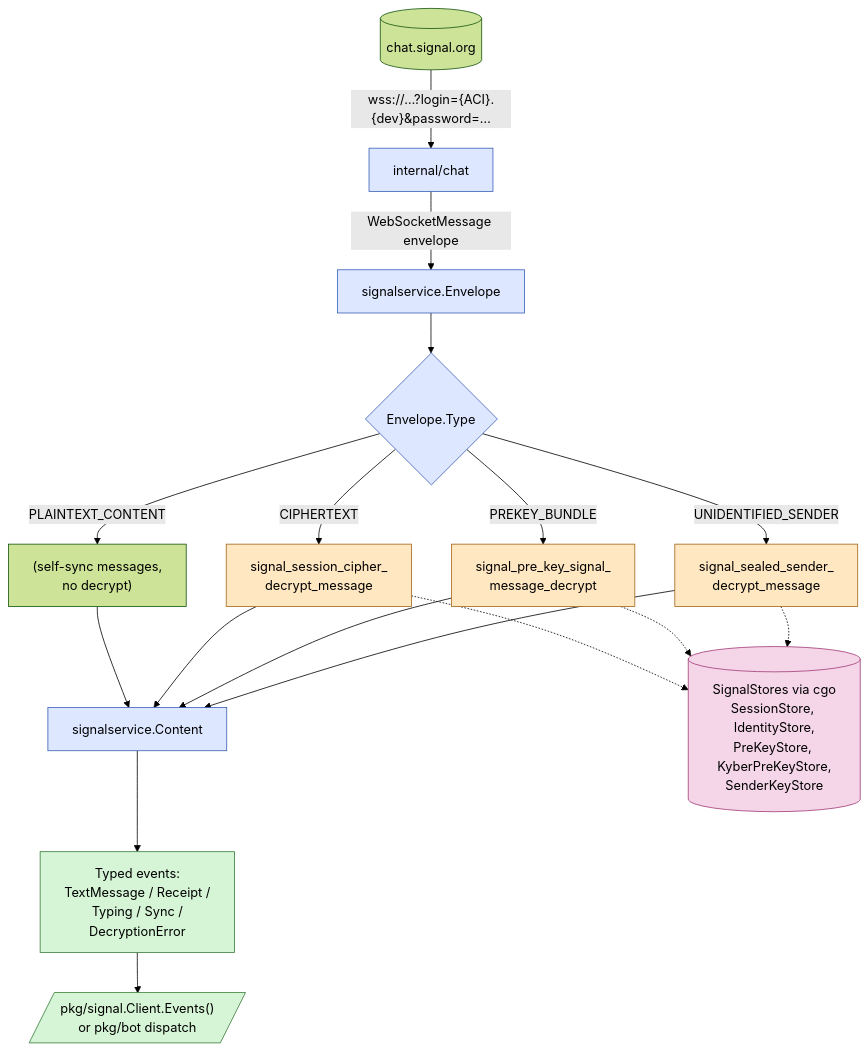
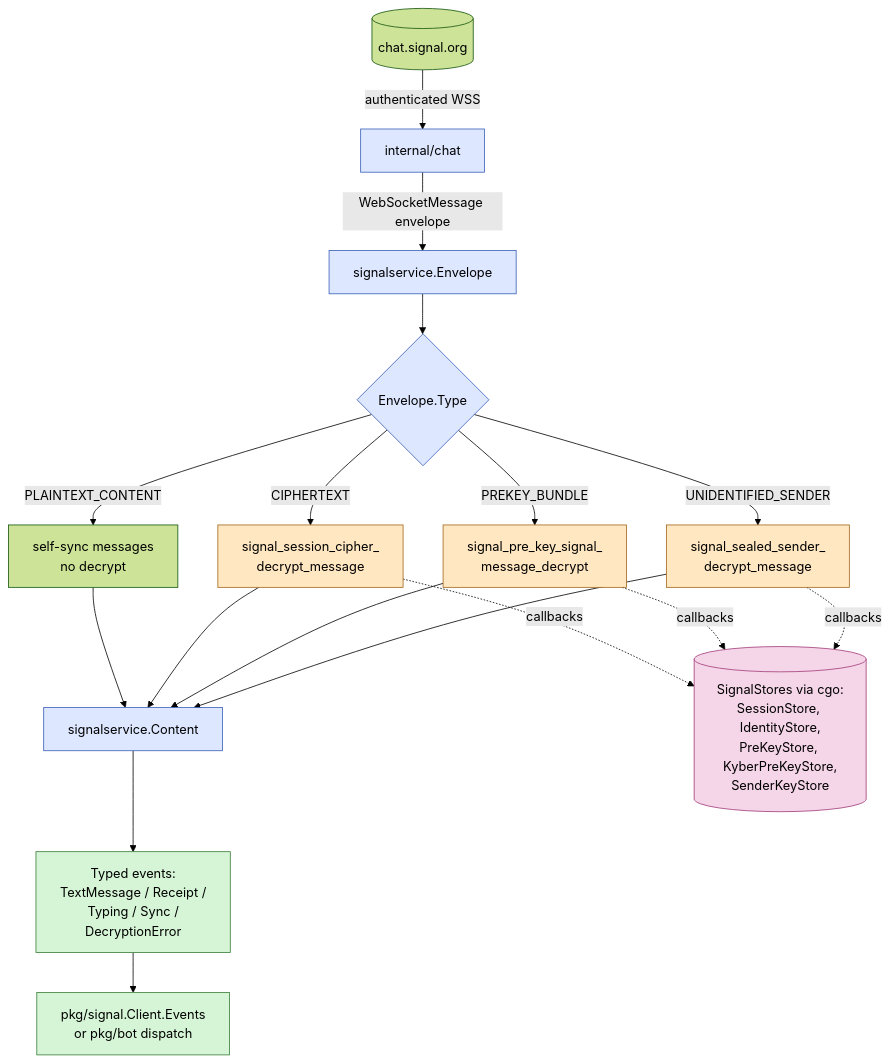
One commit to thehappydinoa/signal-go changed the diagram in docs/diagrams/receive-pipeline.md. Above: the diagram before and after it, drawn with Mermaid (forest theme). The commit also changed other lines of this file and 5 other files, not shown here.

First line of the commit message:
docs: rewrite Mermaid diagrams with conservative, GitHub-safe syntax

````diff
--- a/docs/diagrams/receive-pipeline.md
+++ b/docs/diagrams/receive-pipeline.md
@@ -8,29 +8,48 @@
 ```mermaid
 flowchart TB
-    classDef proto fill:#dde7ff,stroke:#3a5fb8,color:#000
-    classDef crypto fill:#ffe7c2,stroke:#a3661a,color:#000
-    classDef store fill:#f5d6e8,stroke:#a13a78,color:#000
-    classDef pub fill:#d6f5d6,stroke:#3a7d3a,color:#000
+    server[(chat.signal.org)]
+    chat[internal/chat]
+    env[signalservice.Envelope]
+    dispatch{Envelope.Type}
 
-    server[(chat.signal.org)]
-    server -->|"wss://…?login={ACI}.{dev}&password=…"| chat[internal/chat]:::proto
-    chat -->|"WebSocketMessage envelope"| env["signalservice.Envelope"]:::proto
-    env --> dispatch{Envelope.Type}:::proto
+    sealed[signal_sealed_sender_<br/>decrypt_message]
+    prekey[signal_pre_key_signal_<br/>message_decrypt]
+    session[signal_session_cipher_<br/>decrypt_message]
+    skip[self-sync messages<br/>no decrypt]
 
-    dispatch -->|UNIDENTIFIED_SENDER| sealed["signal_sealed_sender_<br/>decrypt_message"]:::crypto
-    dispatch -->|PREKEY_BUNDLE| prekey["signal_pre_key_signal_<br/>message_decrypt"]:::crypto
-    dispatch -->|CIPHERTEXT| session["signal_session_cipher_<br/>decrypt_message"]:::crypto
-    dispatch -->|PLAINTEXT_CONTENT| skip["(self-sync messages,<br/>no decrypt)"]
+    content[signalservice.Content]
+    events[Typed events:<br/>TextMessage / Receipt /<br/>Typing / Sync /<br/>DecryptionError]
+    consumer[pkg/signal.Client.Events<br/>or pkg/bot dispatch]
 
-    sealed --> content["signalservice.Content"]:::proto
+    stores[(SignalStores via cgo:<br/>SessionStore, IdentityStore,<br/>PreKeyStore, KyberPreKeyStore,<br/>SenderKeyStore)]
+
+    server -->|authenticated WSS| chat
+    chat -->|WebSocketMessage envelope| env
+    env --> dispatch
+
+    dispatch -->|UNIDENTIFIED_SENDER| sealed
+    dispatch -->|PREKEY_BUNDLE| prekey
+    dispatch -->|CIPHERTEXT| session
+    dispatch -->|PLAINTEXT_CONTENT| skip
+
+    sealed --> content
     prekey --> content
     session --> content
     skip --> content
 
-    content --> events["Typed events:<br/>TextMessage / Receipt /<br/>Typing / Sync /<br/>DecryptionError"]:::pub
-    events --> consumer[/"pkg/signal.Client.Events()<br/>or pkg/bot dispatch"/]:::pub
+    content --> events
+    events --> consumer
 
-    sealed -.-> stores[(SignalStores via cgo<br/>SessionStore, IdentityStore,<br/>PreKeyStore, KyberPreKeyStore,<br/>SenderKeyStore)]:::store
-    prekey -.-> stores
-    session -.-> stores
+    sealed -. callbacks .-> stores
+    prekey -. callbacks .-> stores
+    session -. callbacks .-> stores
+
+    classDef proto fill:#dde7ff,stroke:#3a5fb8,color:#000;
+    classDef cry fill:#ffe7c2,stroke:#a3661a,color:#000;
+    classDef per fill:#f5d6e8,stroke:#a13a78,color:#000;
+    classDef pub fill:#d6f5d6,stroke:#3a7d3a,color:#000;
+    class chat,env,dispatch,content proto;
+    class sealed,prekey,session cry;
+    class stores per;
+    class events,consumer pub;
 ```
````
